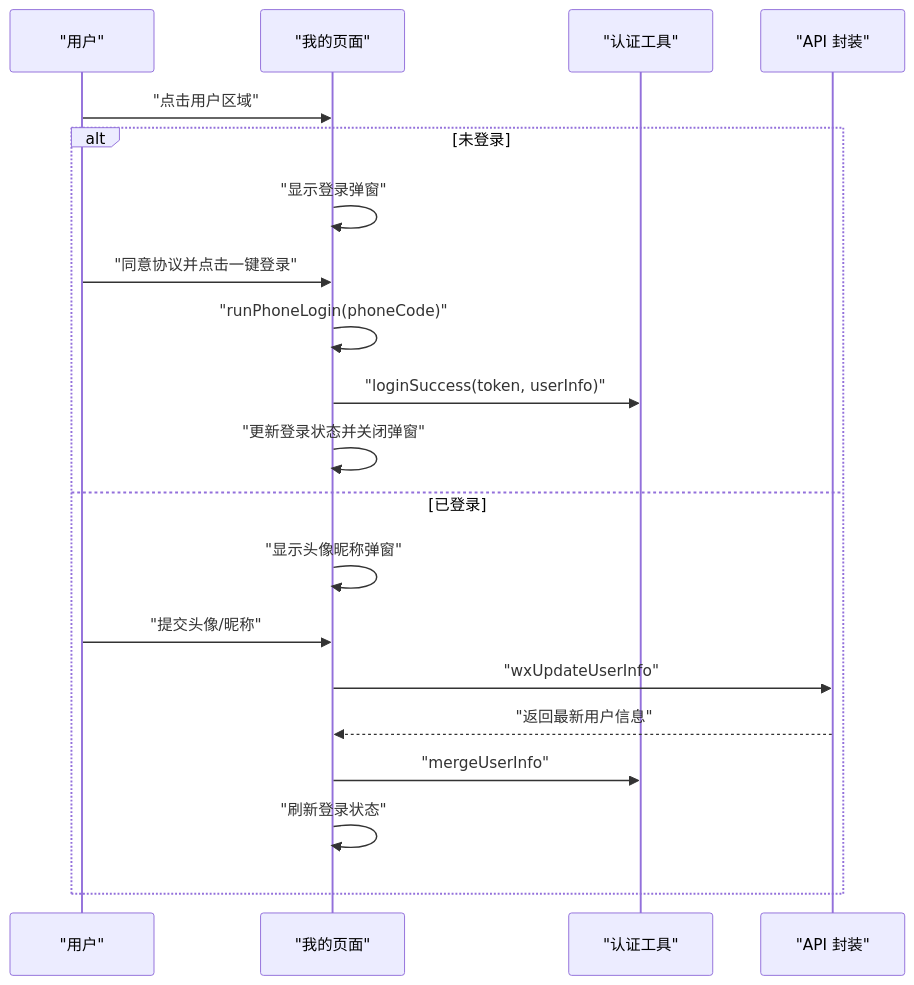
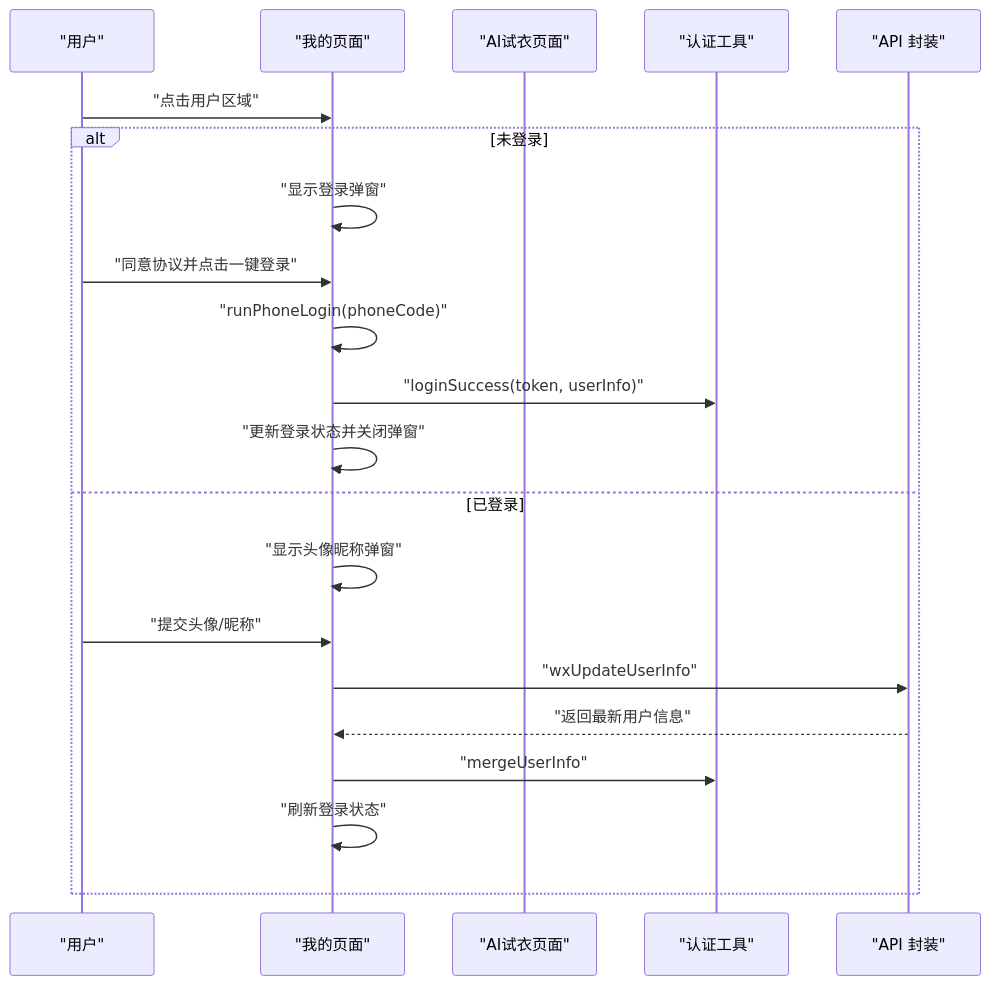
Before and after one commit to crazyma99/blueberry: the seventh of 10 diagrams in .qoder/repowiki/zh/content/核心功能模块/用户认证系统.md, drawn with Mermaid. The commit also changed other lines of this file and 7 other files, not shown here.

````diff
--- a/.qoder/repowiki/zh/content/核心功能模块/用户认证系统.md
+++ b/.qoder/repowiki/zh/content/核心功能模块/用户认证系统.md
@@ -303,22 +335,23 @@
 ```mermaid
 sequenceDiagram
 participant U as "用户"
 participant Mine as "我的页面"
+participant AiTryOn as "AI试衣页面"
 participant Auth as "认证工具"
 participant API as "API 封装"
 U->>Mine : "点击用户区域"
 alt 未登录
 Mine->>Mine : "显示登录弹窗"
 U->>Mine : "同意协议并点击一键登录"
 Mine->>Mine : "runPhoneLogin(phoneCode)"
 Mine->>Auth : "loginSuccess(token, userInfo)"
 Mine->>Mine : "更新登录状态并关闭弹窗"
 else 已登录
 Mine->>Mine : "显示头像昵称弹窗"
 U->>Mine : "提交头像/昵称"
 Mine->>API : "wxUpdateUserInfo"
 API-->>Mine : "返回最新用户信息"
 Mine->>Auth : "mergeUserInfo"
 Mine->>Mine : "刷新登录状态"
 end
 ```
````
